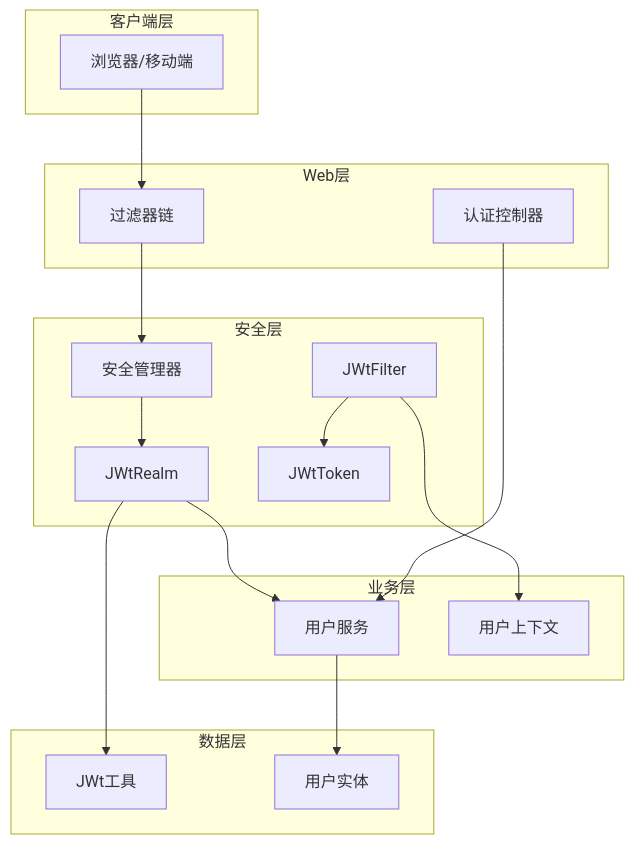
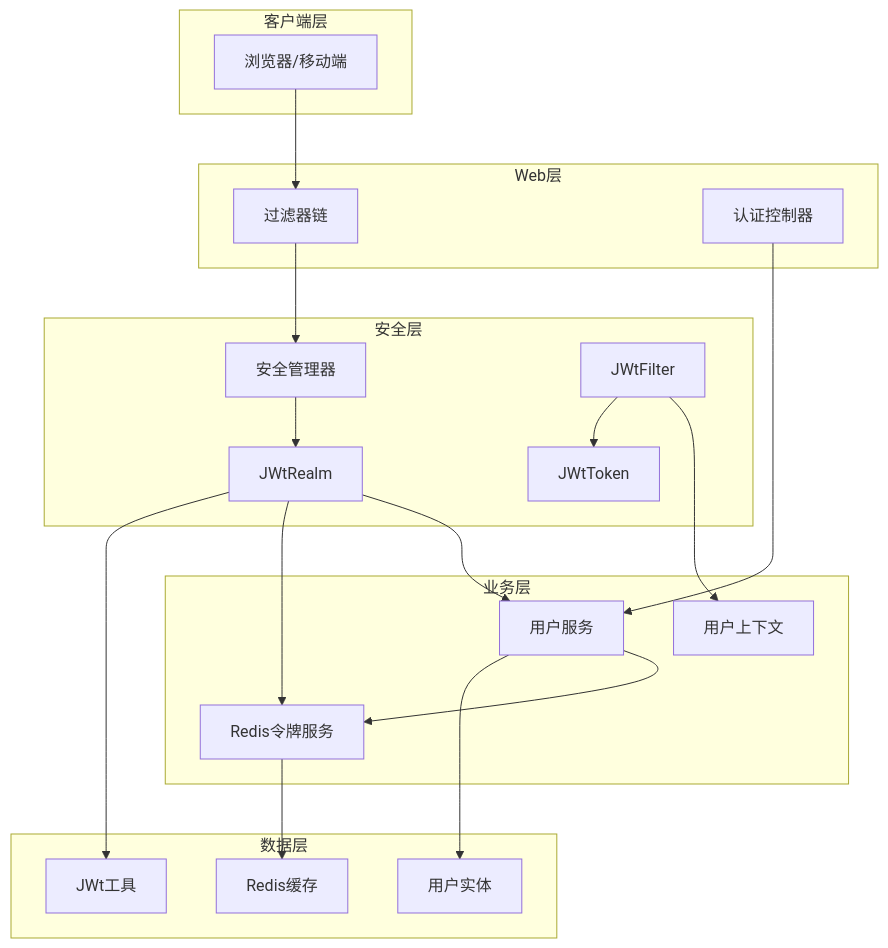
One commit to 20164206160/zhishilu changed the second of 9 diagrams in .qoder/repowiki/zh/content/系统架构/安全架构设计.md. Above: the diagram before and after it, drawn with Mermaid. The commit also changed other lines of this file and 28 other files, not shown here.

````diff
--- a/.qoder/repowiki/zh/content/系统架构/安全架构设计.md
+++ b/.qoder/repowiki/zh/content/系统架构/安全架构设计.md
@@ -113,33 +127,38 @@
 ```mermaid
 graph TB
 subgraph "客户端层"
 C[浏览器/移动端]
 end
 subgraph "Web层"
 F[过滤器链]
 AC[认证控制器]
 end
 subgraph "安全层"
 SM[安全管理器]
 JR[JWtRealm]
 JC[JWtFilter]
 JT[JWtToken]
 end
 subgraph "业务层"
 US[用户服务]
 UC[用户上下文]
+RT[Redis令牌服务]
 end
 subgraph "数据层"
 JU[JWt工具]
 UE[用户实体]
+ER[Redis缓存]
 end
 C --> F
 F --> SM
 SM --> JR
 JR --> JU
+JR --> RT
 JR --> US
 US --> UE
+US --> RT
 JC --> JT
 JC --> UC
 AC --> US
+RT --> ER
 ```
````
